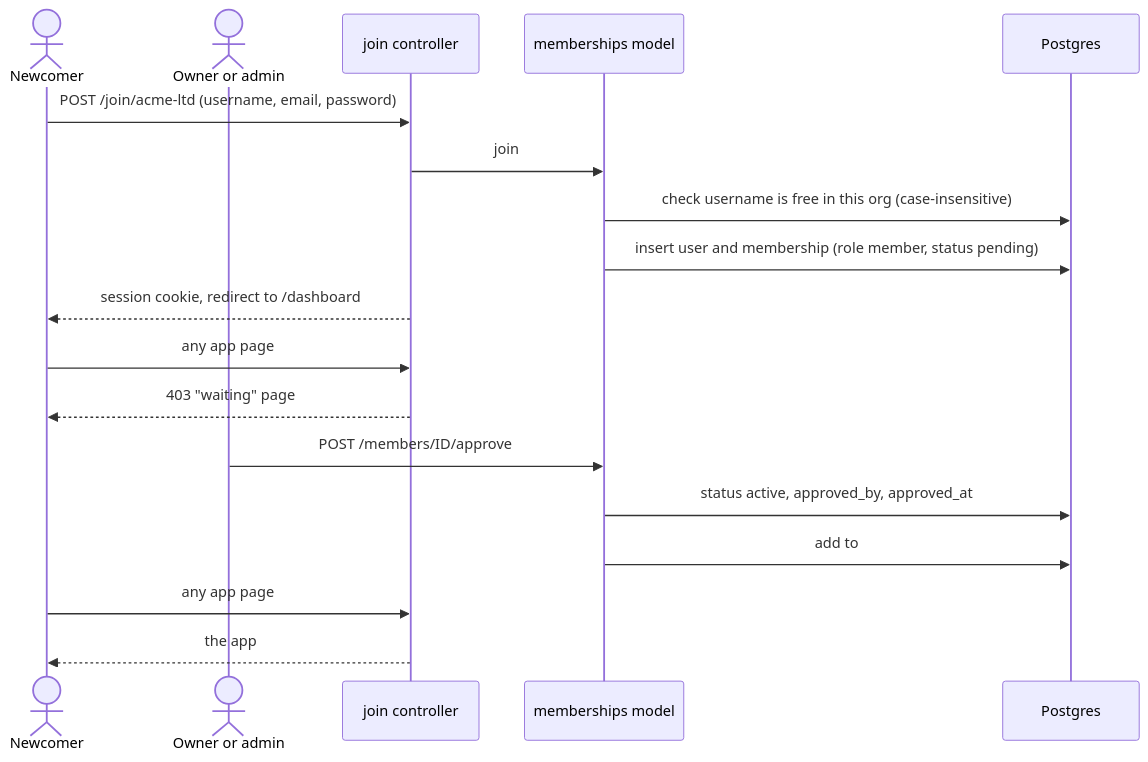
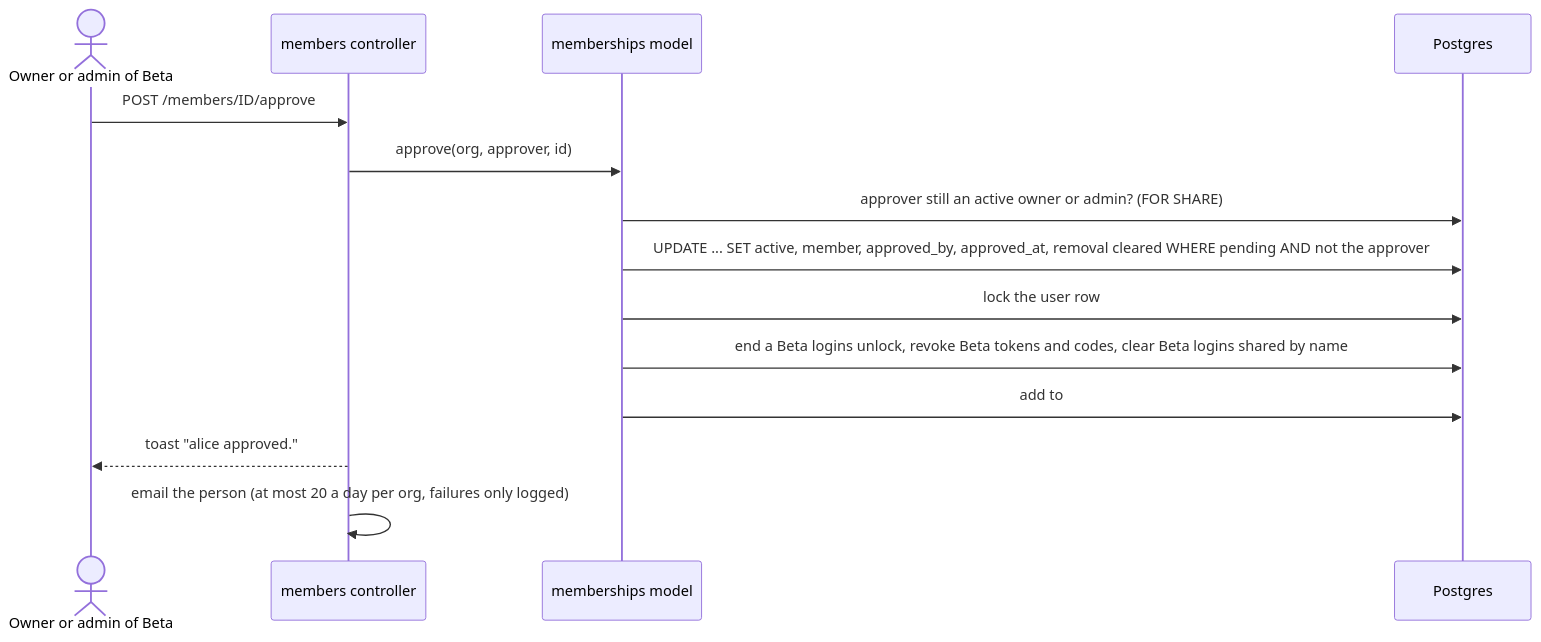
Before and after one commit to rajgurung/collaboration_tool: the fourth of 9 diagrams in docs/flows/accounts.md, drawn with Mermaid. The commit also changed other lines of this file and 4 other files, not shown here.

````diff
--- a/docs/flows/accounts.md
+++ b/docs/flows/accounts.md
@@ -132,20 +168,16 @@
 ```mermaid
 sequenceDiagram
-    actor N as Newcomer
-    actor A as Owner or admin
-    participant J as join controller
+    actor A as Owner or admin of Beta
+    participant C as members controller
     participant M as memberships model
     participant DB as Postgres
-    N->>J: POST /join/acme-ltd (username, email, password)
-    J->>M: join
-    M->>DB: check username is free in this org (case-insensitive)
-    M->>DB: insert user and membership (role member, status pending)
-    J-->>N: session cookie, redirect to /dashboard
-    N->>J: any app page
-    J-->>N: 403 "waiting" page
-    A->>M: POST /members/ID/approve
-    M->>DB: status active, approved_by, approved_at
-    M->>DB: add to #general
-    N->>J: any app page
-    J-->>N: the app
+    A->>C: POST /members/ID/approve
+    C->>M: approve(org, approver, id)
+    M->>DB: approver still an active owner or admin? (FOR SHARE)
+    M->>DB: UPDATE ... SET active, member, approved_by, approved_at, removal cleared WHERE pending AND not the approver
+    M->>DB: lock the user row
+    M->>DB: end a Beta logins unlock, revoke Beta tokens and codes, clear Beta logins shared by name
+    M->>DB: add to #general and back to their Beta DMs
+    C-->>A: toast "alice approved."
+    C->>C: email the person (at most 20 a day per org, failures only logged)
 ```
````
